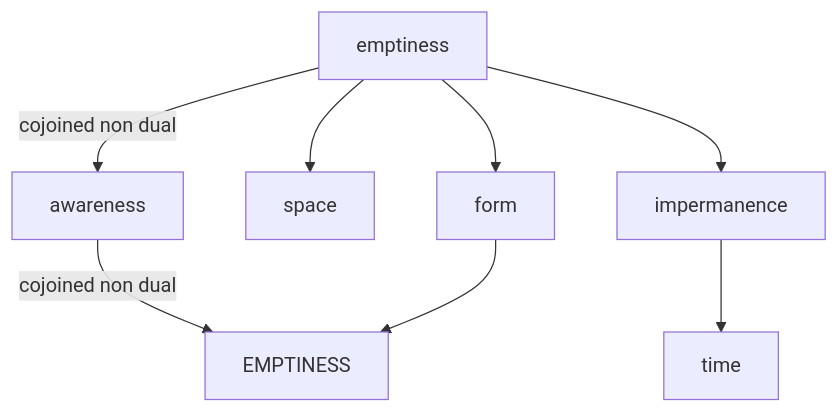
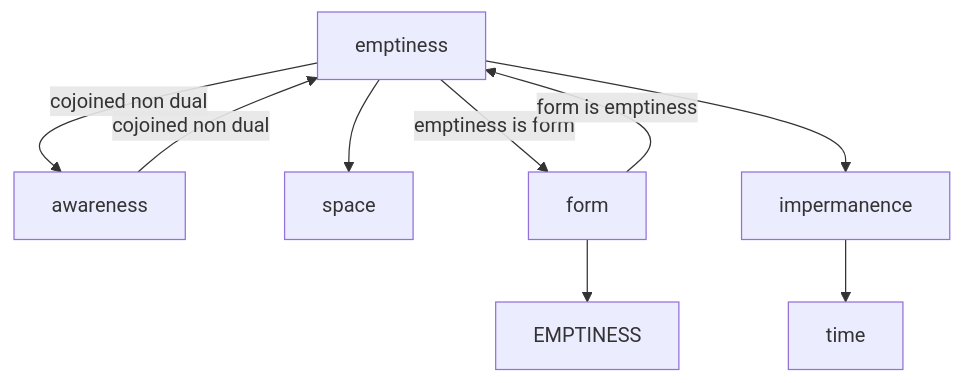
Before and after one commit to shane0/shane0.github.io: the diagram in docs/emptiness.md, drawn with Mermaid. The commit also changed other lines of this file and 4 other files, not shown here.

````diff
--- a/docs/emptiness.md
+++ b/docs/emptiness.md
@@ -18,10 +18,10 @@
 ```mermaid
 graph
 emptiness -- cojoined non dual --> awareness
-awareness -- cojoined non dual --> EMPTINESS 
+awareness -- cojoined non dual --> emptiness 
 emptiness --> space
-emptiness --> form  
+emptiness -- emptiness is form --> form -- form is emptiness--> emptiness
 form --> EMPTINESS 
 emptiness --> impermanence 
 impermanence --> time
 ```
````
